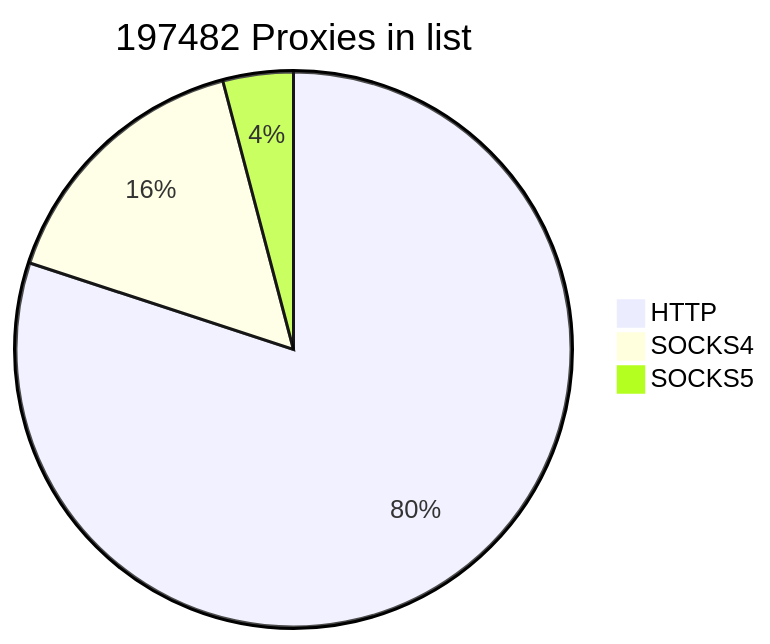
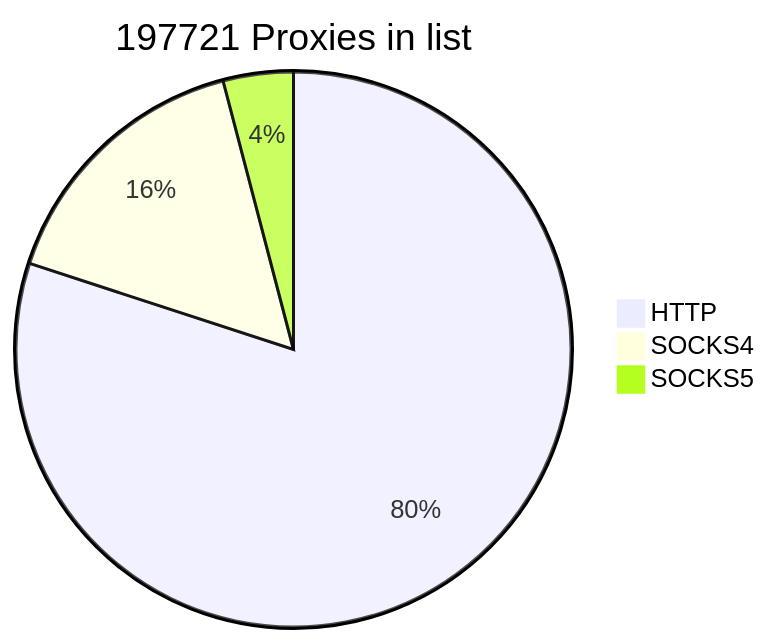
The first of 2 diagrams in README.md (cutipu/proxylist), drawn with Mermaid before and after one commit. The commit also changed other lines of this file, not shown here.

````diff
--- a/README.md
+++ b/README.md
@@ -2,7 +2,7 @@
 ```mermaid
-pie title 197482 Proxies in list
-    "HTTP" : 158080
-    "SOCKS4" : 31313
-    "SOCKS5" : 8089
+pie title 197721 Proxies in list
+    "HTTP" : 158221
+    "SOCKS4" : 31436
+    "SOCKS5" : 8064
             
 ```
````
